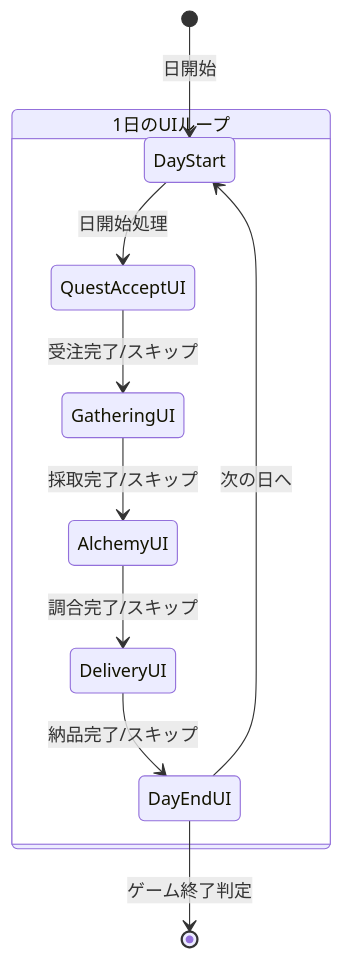
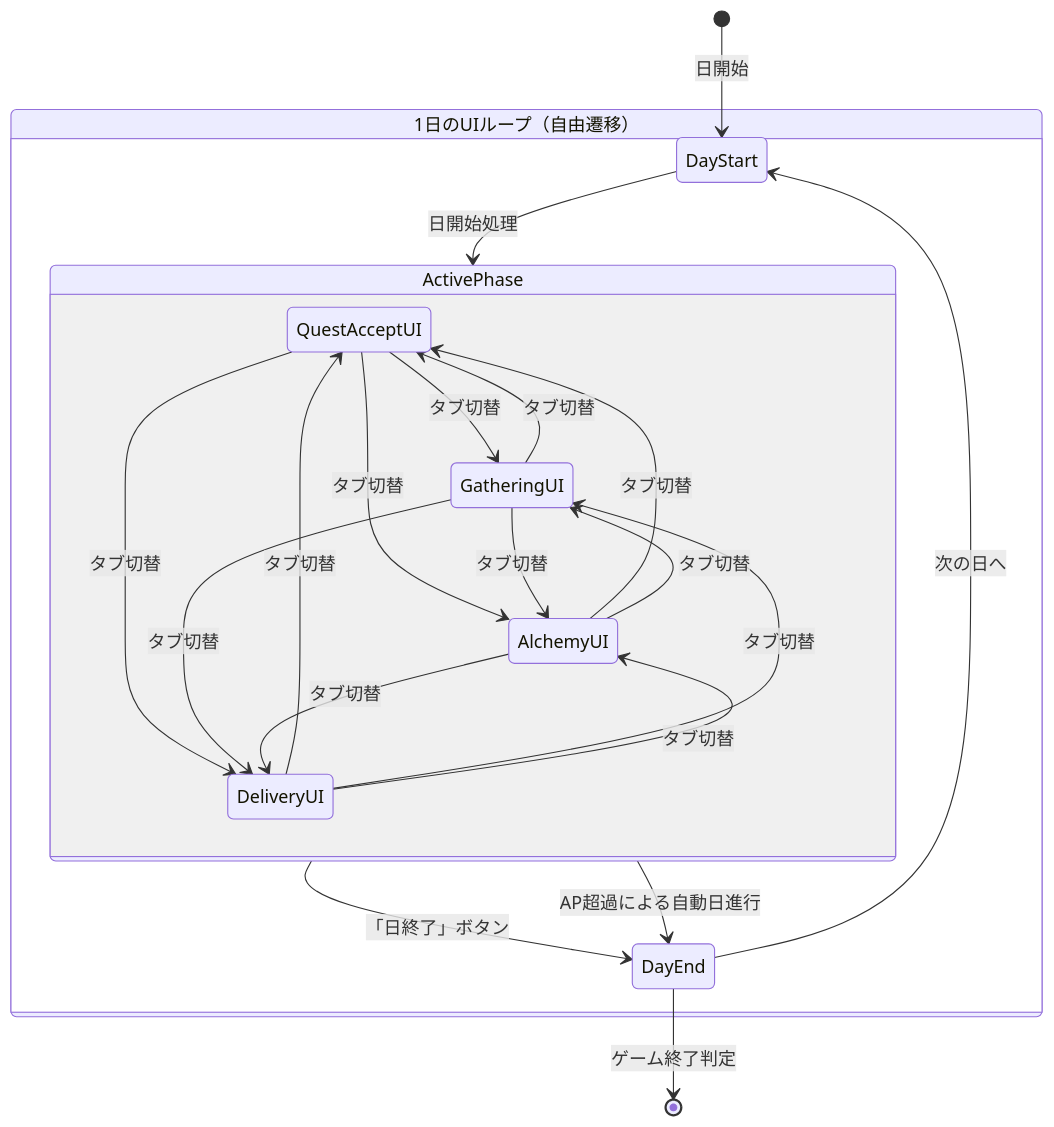
One commit to yaguma/atelier changed the second of 3 diagrams in docs/design/atelier-guild-rank/ui-design/overview.md. Above: the diagram before and after it, drawn with Mermaid. The commit also changed other lines of this file and 3 other files, not shown here.

````diff
--- a/docs/design/atelier-guild-rank/ui-design/overview.md
+++ b/docs/design/atelier-guild-rank/ui-design/overview.md
@@ -88,15 +91,29 @@
 ```mermaid
 stateDiagram-v2
     [*] --> DayStart: 日開始
 
-    state "1日のUIループ" as DayLoop {
-        DayStart --> QuestAcceptUI: 日開始処理
-        QuestAcceptUI --> GatheringUI: 受注完了/スキップ
-        GatheringUI --> AlchemyUI: 採取完了/スキップ
-        AlchemyUI --> DeliveryUI: 調合完了/スキップ
-        DeliveryUI --> DayEndUI: 納品完了/スキップ
+    state "1日のUIループ（自由遷移）" as DayLoop {
+        DayStart --> ActivePhase: 日開始処理
+
+        state ActivePhase {
+            QuestAcceptUI --> GatheringUI: タブ切替
+            GatheringUI --> QuestAcceptUI: タブ切替
+            QuestAcceptUI --> AlchemyUI: タブ切替
+            AlchemyUI --> QuestAcceptUI: タブ切替
+            QuestAcceptUI --> DeliveryUI: タブ切替
+            DeliveryUI --> QuestAcceptUI: タブ切替
+            GatheringUI --> AlchemyUI: タブ切替
+            AlchemyUI --> GatheringUI: タブ切替
+            GatheringUI --> DeliveryUI: タブ切替
+            DeliveryUI --> GatheringUI: タブ切替
+            AlchemyUI --> DeliveryUI: タブ切替
+            DeliveryUI --> AlchemyUI: タブ切替
+        }
+
+        ActivePhase --> DayEnd: 「日終了」ボタン
+        ActivePhase --> DayEnd: AP超過による自動日進行
     }
 
-    DayEndUI --> DayStart: 次の日へ
-    DayEndUI --> [*]: ゲーム終了判定
+    DayEnd --> DayStart: 次の日へ
+    DayEnd --> [*]: ゲーム終了判定
 ```
````
